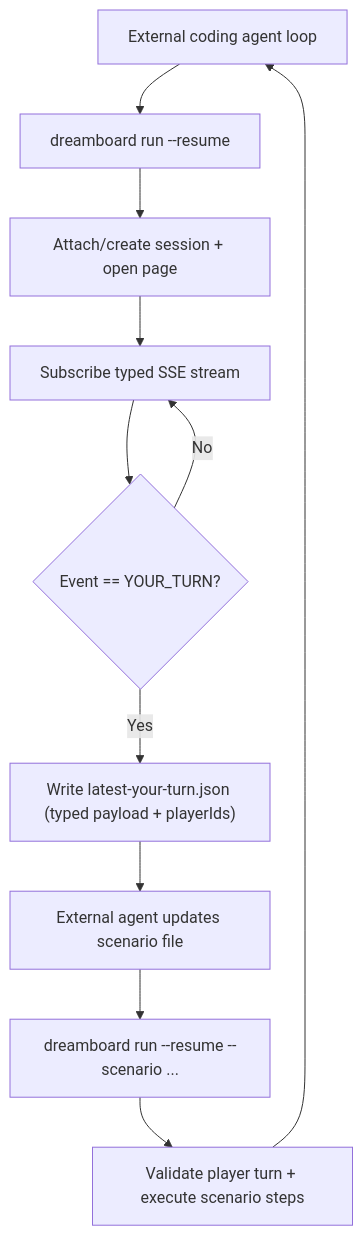
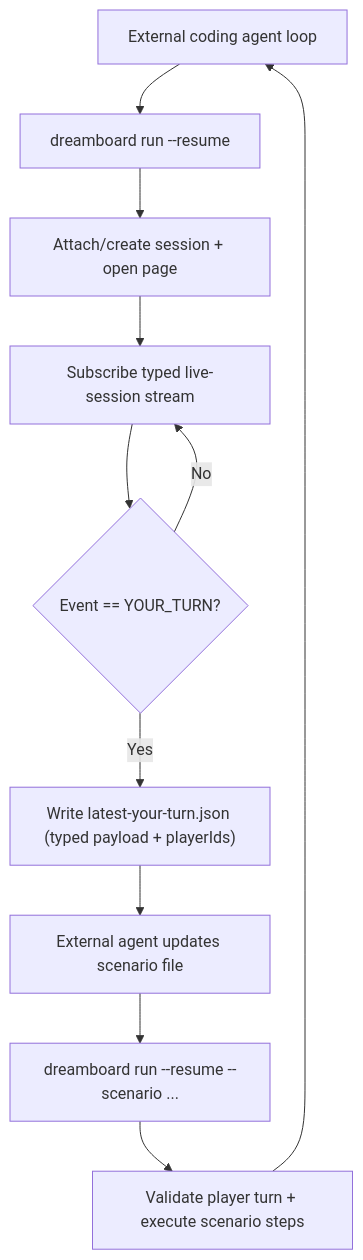
Before and after one commit to dreamboard-games/dreamboard: the diagram in apps/dreamboard-cli/docs/observe-act-multiplayer-loop-design.md, drawn with Mermaid. The commit also changed other lines of this file and 19 other files, not shown here.

````diff
--- a/apps/dreamboard-cli/docs/observe-act-multiplayer-loop-design.md
+++ b/apps/dreamboard-cli/docs/observe-act-multiplayer-loop-design.md
@@ -91,13 +97,13 @@
 ```mermaid
 flowchart TD
   A["External coding agent loop"] --> B["dreamboard run --resume"]
   B --> C["Attach/create session + open page"]
-  C --> D["Subscribe typed SSE stream"]
+  C --> D["Subscribe typed live-session stream"]
   D --> E{"Event == YOUR_TURN?"}
   E -- "No" --> D
   E -- "Yes" --> F["Write latest-your-turn.json (typed payload + playerIds)"]
   F --> G["External agent updates scenario file"]
   G --> H["dreamboard run --resume --scenario ..."]
   H --> I["Validate player turn + execute scenario steps"]
   I --> A
 ```
````
